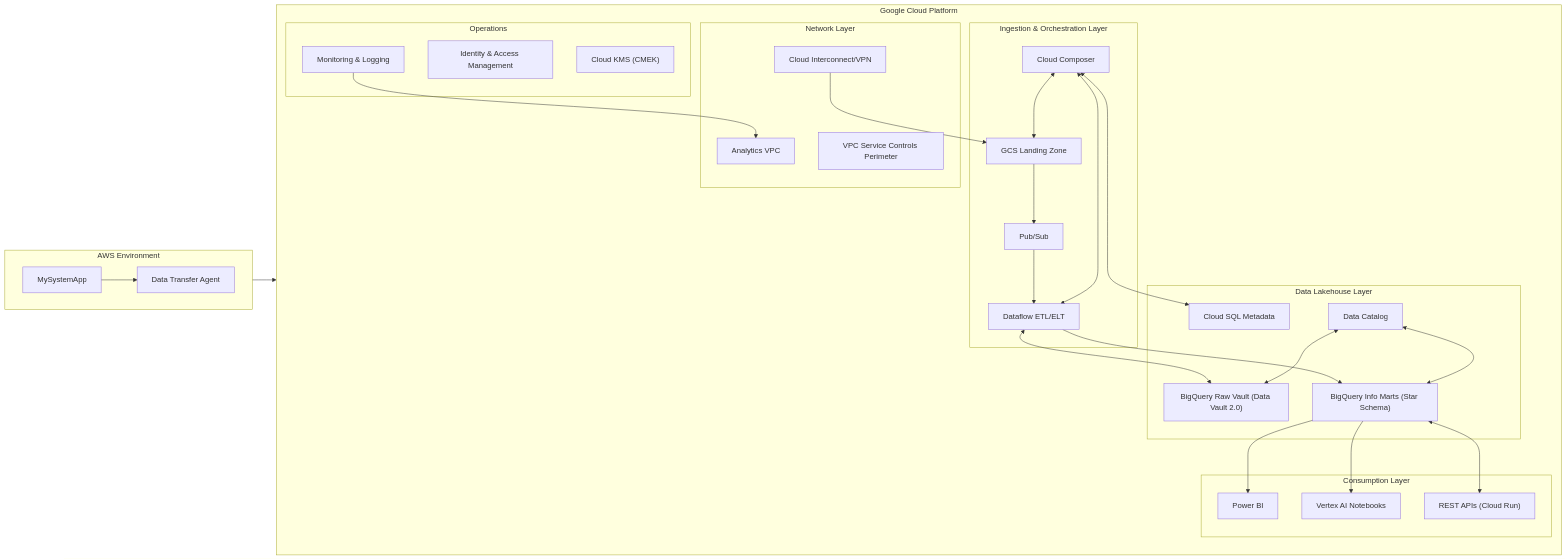
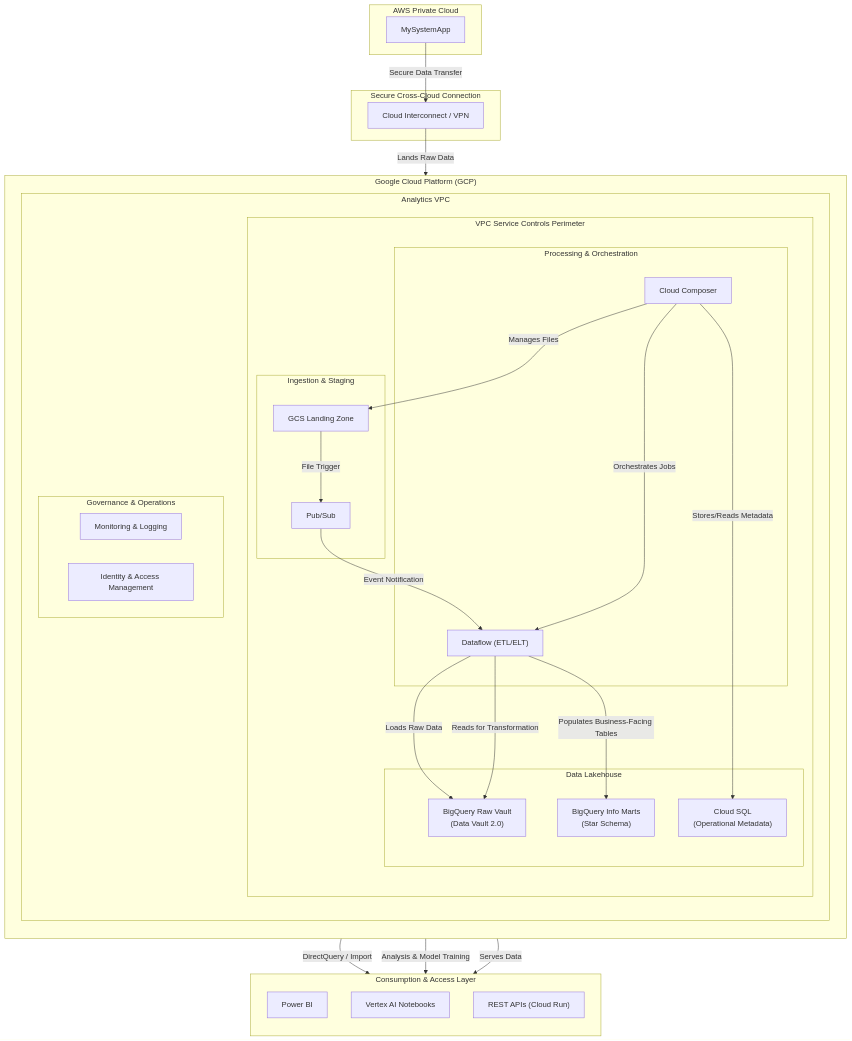
One commit to hulkamaphone/terraform_documenter changed the second of 3 diagrams in README.md. Above: the diagram before and after it, drawn with Mermaid. The commit also changed other lines of this file, not shown here.

````diff
--- a/README.md
+++ b/README.md
@@ -109,64 +222,73 @@
 ```mermaid
-graph LR
-    %% AWS Environment
-    subgraph "AWS Environment"
-        direction LR
+graph TB
+    subgraph "AWS Private Cloud"
         aws_mysystemapp["MySystemApp"]
-        aws_agent["Data Transfer Agent"]
     end
 
-    %% Google Cloud Platform Environment
-    subgraph "Google Cloud Platform"
+    subgraph "Secure Cross-Cloud Connection"
+        interconnect["Cloud Interconnect / VPN"]
+    end
+
+    subgraph "Google Cloud Platform (GCP)"
         direction TB
         
-        subgraph "Network Layer"
-            gcp_interconnect["Cloud Interconnect/VPN"]
-            gcp_vpc["Analytics VPC"]
-            gcp_vpc_sc["VPC Service Controls Perimeter"]
-        end
+        subgraph "Analytics VPC"
+          direction TB
 
-        subgraph "Ingestion & Orchestration Layer"
-            gcp_gcs_landing["GCS Landing Zone"]
-            gcp_pubsub["Pub/Sub"]
-            gcp_dataflow["Dataflow ETL/ELT"]
-            gcp_composer["Cloud Composer"]
-        end
+          subgraph "VPC Service Controls Perimeter"
+              direction TB
 
-        subgraph "Data Lakehouse Layer"
-            gcp_bq_raw["BigQuery Raw Vault (Data Vault 2.0)"]
-            gcp_bq_mart["BigQuery Info Marts (Star Schema)"]
-            gcp_cloudsql["Cloud SQL Metadata"]
-            gcp_datacatalog["Data Catalog"]
-        end
+              subgraph "Ingestion & Staging"
+                  gcs_landing["GCS Landing Zone"]
+                  pubsub["Pub/Sub"]
+              end
 
-        subgraph "Consumption Layer"
-            gcp_powerbi["Power BI"]
-            gcp_vertex["Vertex AI Notebooks"]
-            gcp_api["REST APIs (Cloud Run)"]
-        end
-        
-        subgraph "Operations"
-            gcp_monitoring["Monitoring & Logging"]
-            gcp_iam["Identity & Access Management"]
-            gcp_kms["Cloud KMS (CMEK)"]
+              subgraph "Processing & Orchestration"
+                  dataflow["Dataflow (ETL/ELT)"]
+                  composer["Cloud Composer"]
+              end
+
+              subgraph "Data Lakehouse"
+                  bq_raw["BigQuery Raw Vault\n(Data Vault 2.0)"]
+                  bq_mart["BigQuery Info Marts\n(Star Schema)"]
+                  cloud_sql["Cloud SQL\n(Operational Metadata)"]
+              end
+          end
+
+          subgraph "Governance & Operations"
+              monitoring["Monitoring & Logging"]
+              iam["Identity & Access Management"]
+          end
         end
     end
 
-    %% Data Flows
-    aws_mysystemapp --> aws_agent
-    aws_agent --> gcp_interconnect
-    gcp_interconnect --> gcp_gcs_landing
-    gcp_gcs_landing --> gcp_pubsub
-    gcp_pubsub --> gcp_dataflow
-    gcp_dataflow <--> gcp_bq_raw
-    gcp_dataflow --> gcp_bq_mart
-    gcp_composer <--> gcp_dataflow
-    gcp_composer <--> gcp_gcs_landing
-    gcp_composer <--> gcp_cloudsql
-    gcp_bq_mart --> gcp_powerbi
-    gcp_bq_mart --> gcp_vertex
-    gcp_bq_mart <--> gcp_api
-    gcp_datacatalog <--> gcp_bq_raw
-    gcp_datacatalog <--> gcp_bq_mart
-    gcp_monitoring --> gcp_vpc
+    subgraph "Consumption & Access Layer"
+        direction TB
+        power_bi["Power BI"]
+        vertex_ai["Vertex AI Notebooks"]
+        cloud_run["REST APIs (Cloud Run)"]
+    end
+
+    %% --- Data & Control Flow ---
+
+    %% Ingestion Flow
+    aws_mysystemapp -- "Secure Data Transfer" --> interconnect
+    interconnect -- "Lands Raw Data" --> gcs_landing
+    gcs_landing -- "File Trigger" --> pubsub
+    pubsub -- "Event Notification" --> dataflow
+
+    %% Processing & Lakehouse Flow
+    dataflow -- "Loads Raw Data" --> bq_raw
+    dataflow -- "Reads for Transformation" --> bq_raw
+    dataflow -- "Populates Business-Facing Tables" --> bq_mart
+
+    %% Orchestration Flow
+    composer -- "Orchestrates Jobs" --> dataflow
+    composer -- "Manages Files" --> gcs_landing
+    composer -- "Stores/Reads Metadata" --> cloud_sql
+
+    %% Consumption Flow
+    bq_mart -- "DirectQuery / Import" --> power_bi
+    bq_mart -- "Analysis & Model Training" --> vertex_ai
+    bq_mart -- "Serves Data" --> cloud_run
 ```
````
